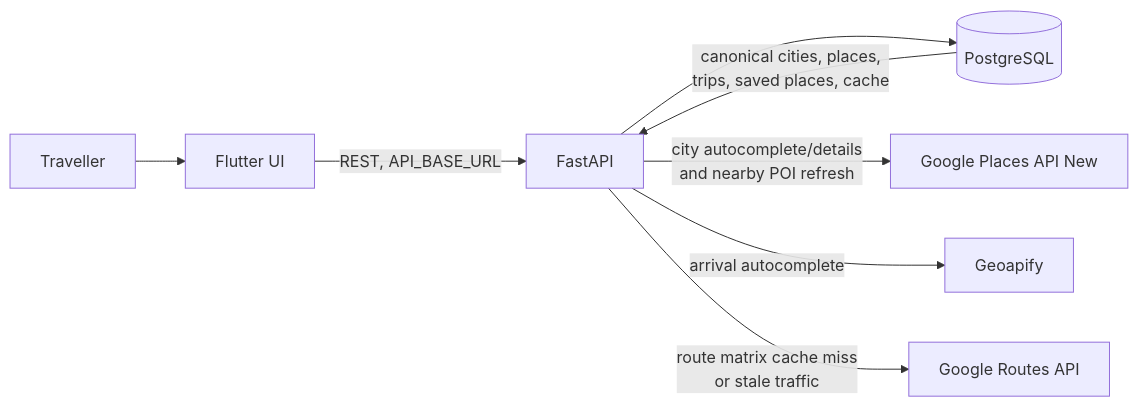
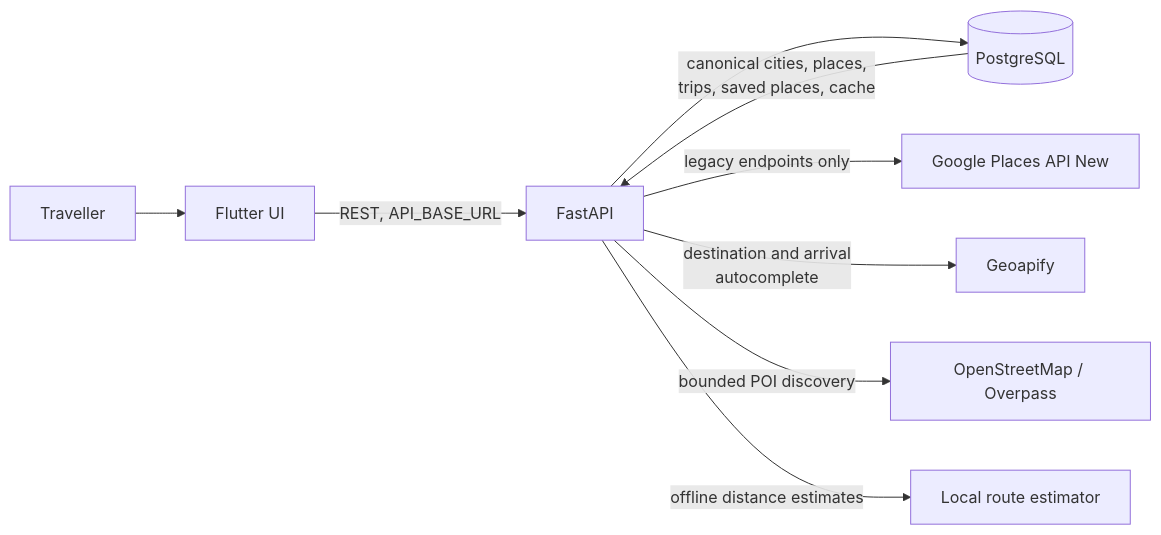
Before and after one commit to rohanxgiri/yatra_canvas: the first of 3 diagrams in docs/ARCHITECTURE.md, drawn with Mermaid. The commit also changed other lines of this file and 55 other files, not shown here.

Commit message:
feat: complete keyless trip planning flow

````diff
--- a/docs/ARCHITECTURE.md
+++ b/docs/ARCHITECTURE.md
@@ -65,10 +72,11 @@
 ```mermaid
 flowchart LR
     U[Traveller] --> F[Flutter UI]
     F -->|REST, API_BASE_URL| B[FastAPI]
     B --> DB[(PostgreSQL)]
-    B -->|city autocomplete/details\nand nearby POI refresh| GP[Google Places API New]
-    B -->|arrival autocomplete| GA[Geoapify]
-    B -->|route matrix cache miss\nor stale traffic| GR[Google Routes API]
+    B -->|legacy endpoints only| GP[Google Places API New]
+    B -->|destination and arrival\nautocomplete| GA[Geoapify]
+    B -->|bounded POI discovery| OSM[OpenStreetMap / Overpass]
+    B -->|offline distance estimates| LR[Local route estimator]
     DB -->|canonical cities, places,\ntrips, saved places, cache| B
 ```
````
